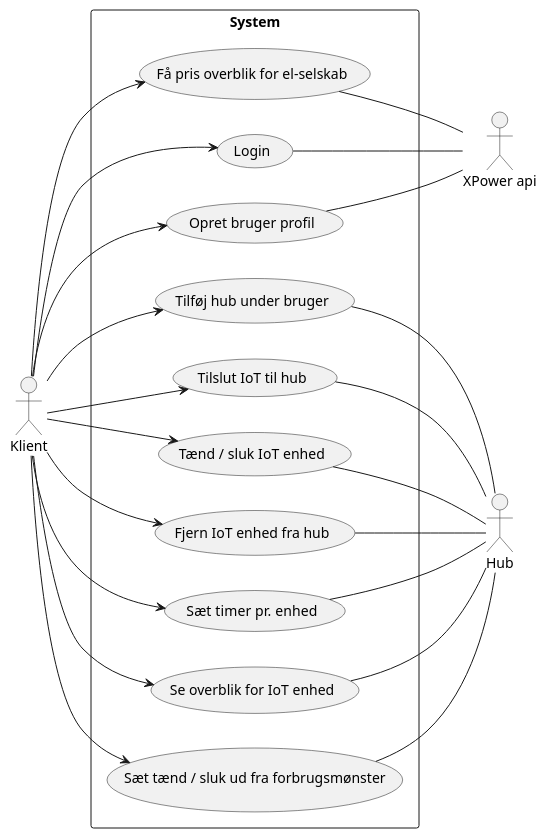
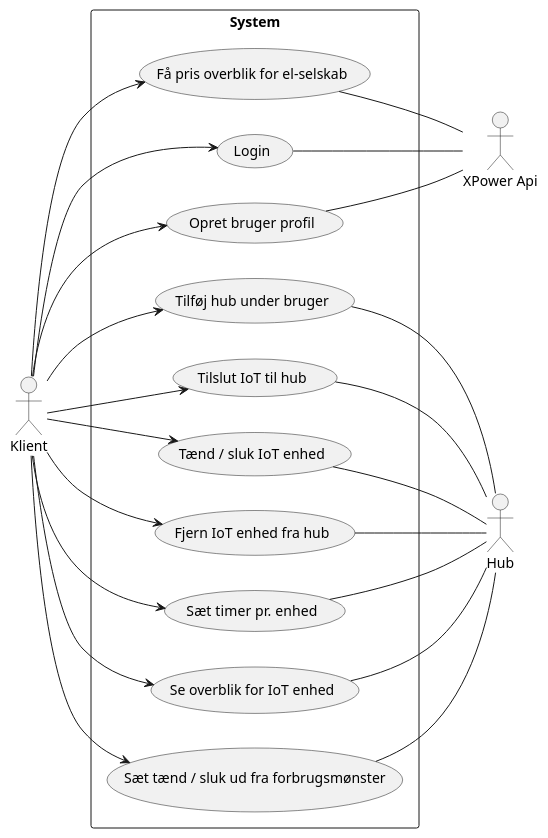
One commit to Casp7654/XPower changed the diagram in docs/use cases/System.plantuml. Above: the diagram before and after it, drawn with PlantUML.

Commit message:
Updated system uml

```diff
--- a/docs/use cases/System.plantuml
+++ b/docs/use cases/System.plantuml
@@ -1,46 +1,46 @@
 @startuml Use case
 left to right direction
 skinparam packageStyle rectangle
 
 :Klient: as cl
-:XPower api: as api
+:XPower Api: as api
 :Hub: as hub
 
 rectangle System {
     usecase "Login" as wuc1
     usecase "Tilslut IoT til hub" as wuc2
     usecase "Tænd / sluk IoT enhed" as wuc3
     usecase "Fjern IoT enhed fra hub" as wuc4
     usecase "Sæt timer pr. enhed" as wuc5
     usecase "Se overblik for IoT enhed" as wuc6
     usecase "Sæt tænd / sluk ud fra forbrugsmønster" as wuc7
     usecase "Opret bruger profil" as wuc8
     usecase "Tilføj hub under bruger" as wuc9
     usecase "Få pris overblik for el-selskab" as wuc10
 }
 
 cl --> wuc1
 cl --> wuc2
 cl --> wuc3
 cl --> wuc4
 cl --> wuc5
 cl --> wuc6
 cl --> wuc7
 cl --> wuc8
 cl --> wuc9
 cl --> wuc10
 
 wuc1 -- api
 wuc8 -- api
 wuc10 -- api
 
 wuc2 -- hub
 wuc3 -- hub
 wuc4 -- hub
 wuc5 -- hub
 wuc6 -- hub
 wuc7 -- hub
 wuc9 -- hub
 
 
 @enduml
```
